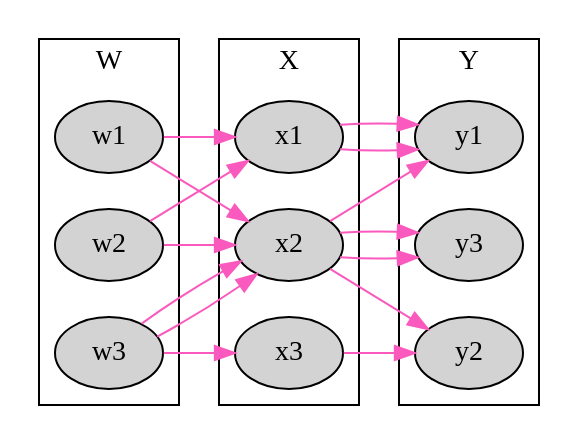
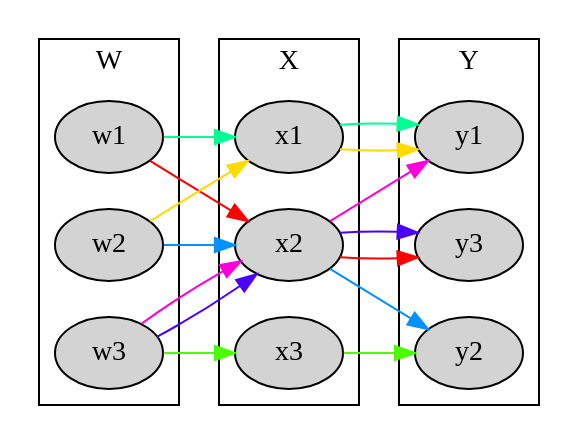
One commit to Ajaneda/3DM2Partition_Reduction changed the diagram in dot-files/test.dot. Above: the diagram before and after it, drawn with Graphviz. The commit also changed 5 other files, not shown here.

```diff
--- a/dot-files/test.dot
+++ b/dot-files/test.dot
@@ -1,27 +1,28 @@
 digraph G {
-rankdir = LR;subgraph cluster_0 {
+rankdir = LR;
+subgraph cluster_0 {
 node [style=filled];
 w1 w2 w3;
 label = "W";
 }
 
 subgraph cluster_1 {
 node [style=filled];
 x1 x2 x3;
 label = "X";
 }
 
 subgraph cluster_2 {
 node [style=filled];
 y1 y2 y3;
 label = "Y";
 }
 
-w1 -> x2 -> y3 [color="#FA5ABD"];
-w2 -> x1 -> y1 [color="#FA5ABD"];
-w3 -> x3 -> y2 [color="#FA5ABD"];
-w1 -> x1 -> y1 [color="#FA5ABD"];
-w2 -> x2 -> y2 [color="#FA5ABD"];
-w3 -> x2 -> y3 [color="#FA5ABD"];
-w3 -> x2 -> y1 [color="#FA5ABD"];
+w1 -> x2 -> y3 [color="#ff0000"];
+w2 -> x1 -> y1 [color="#ffdb00"];
+w3 -> x3 -> y2 [color="#49ff00"];
+w1 -> x1 -> y1 [color="#00ff92"];
+w2 -> x2 -> y2 [color="#0092ff"];
+w3 -> x2 -> y3 [color="#4900ff"];
+w3 -> x2 -> y1 [color="#ff00db"];
 }
```
